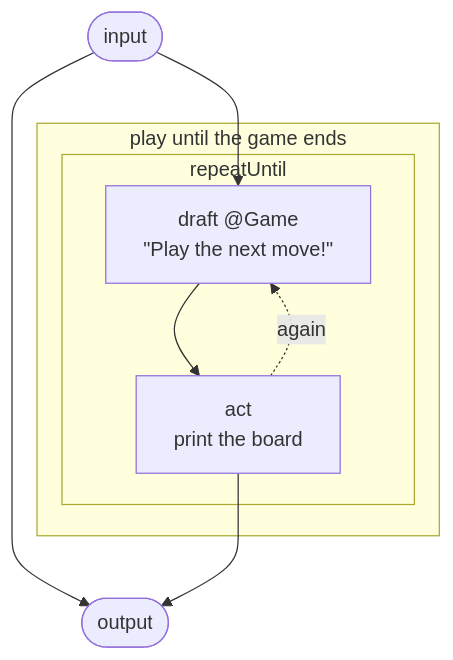
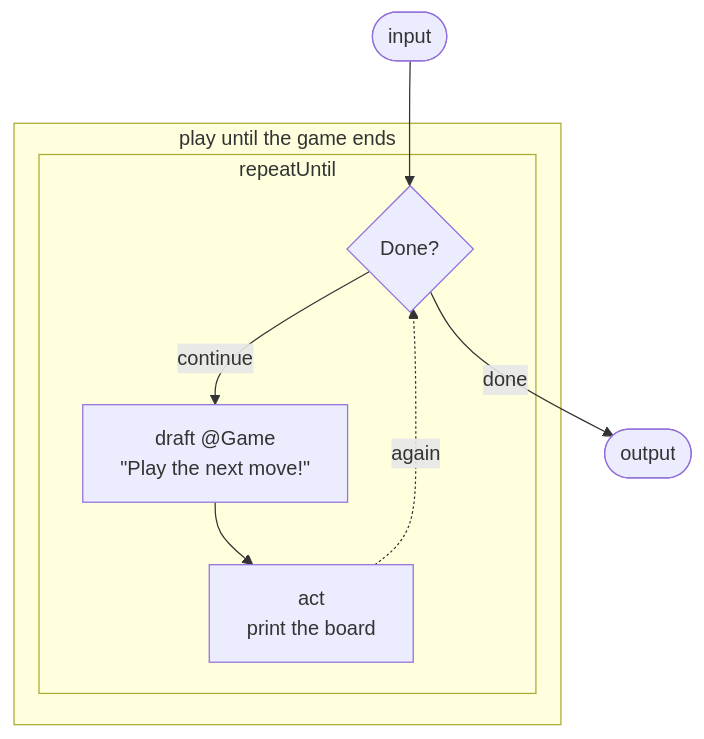
The diagram in examples/diagrams/tictactoe.mmd (drshade/haskell-agentic), drawn with Mermaid before and after one commit. The commit also changed 25 other files, not shown here.

Commit message:
Draw repeat predicates with explicit done and continue routes

```diff
--- a/examples/diagrams/tictactoe.mmd
+++ b/examples/diagrams/tictactoe.mmd
@@ -1,14 +1,15 @@
 flowchart TD
   input(["input"])
   subgraph n_flow_0["play until the game ends"]
     subgraph n_flow_note_0["repeatUntil"]
+      n_flow_note_1{"Done?"}
       n_flow_note_repeat_seq_0_0["draft @Game<br/>#quot;Play the next move!#quot;"]
       n_flow_note_repeat_seq_1_note_0["act<br/>print the board"]
     end
   end
   output(["output"])
-  input --> n_flow_note_repeat_seq_0_0
+  input --> n_flow_note_1
+  n_flow_note_1 -->|continue| n_flow_note_repeat_seq_0_0
   n_flow_note_repeat_seq_0_0 --> n_flow_note_repeat_seq_1_note_0
-  n_flow_note_repeat_seq_1_note_0 -.->|again| n_flow_note_repeat_seq_0_0
-  input --> output
-  n_flow_note_repeat_seq_1_note_0 --> output
+  n_flow_note_repeat_seq_1_note_0 -.->|again| n_flow_note_1
+  n_flow_note_1 -->|done| output
```
